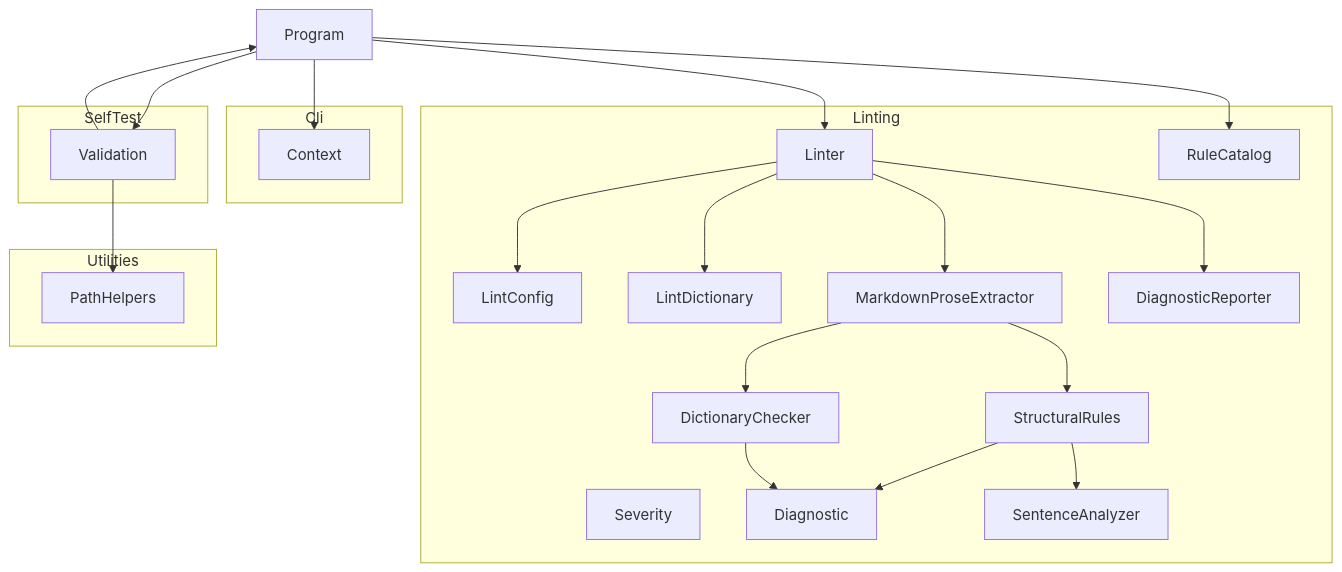
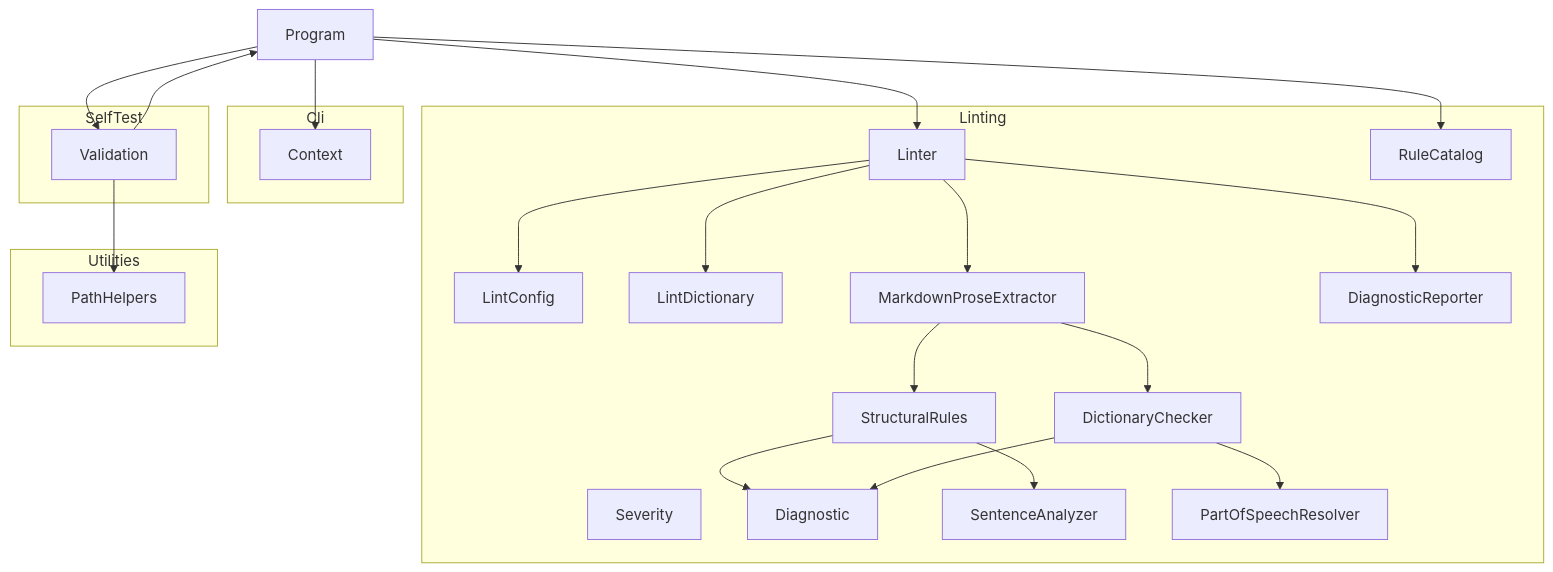
Before and after one commit to demaconsulting/Ste100Mark: the diagram in docs/design/ste100-mark.md, drawn with Mermaid. The commit also changed other lines of this file and 41 other files, not shown here.

First line of the commit message:
Replace WordSense with PartOfSpeech for noun/verb detection (#46)

````diff
--- a/docs/design/ste100-mark.md
+++ b/docs/design/ste100-mark.md
@@ -11,41 +11,43 @@
 ```mermaid
 flowchart TD
     Program
     subgraph Cli
         Context
     end
     subgraph Linting
         Severity
         Diagnostic
         LintConfig
         LintDictionary
         MarkdownProseExtractor
         SentenceAnalyzer
         StructuralRules
         DictionaryChecker
+        PartOfSpeechResolver
         DiagnosticReporter
         Linter
         RuleCatalog
     end
     subgraph SelfTest
         Validation
     end
     subgraph Utilities
         PathHelpers
     end
     Program --> Context
     Program --> Linter
     Program --> Validation
     Program --> RuleCatalog
     Validation --> Program
     Validation --> PathHelpers
     Linter --> LintConfig
     Linter --> LintDictionary
     Linter --> MarkdownProseExtractor
     MarkdownProseExtractor --> StructuralRules
     MarkdownProseExtractor --> DictionaryChecker
     StructuralRules --> SentenceAnalyzer
     StructuralRules --> Diagnostic
     DictionaryChecker --> Diagnostic
+    DictionaryChecker --> PartOfSpeechResolver
     Linter --> DiagnosticReporter
 ```
````
